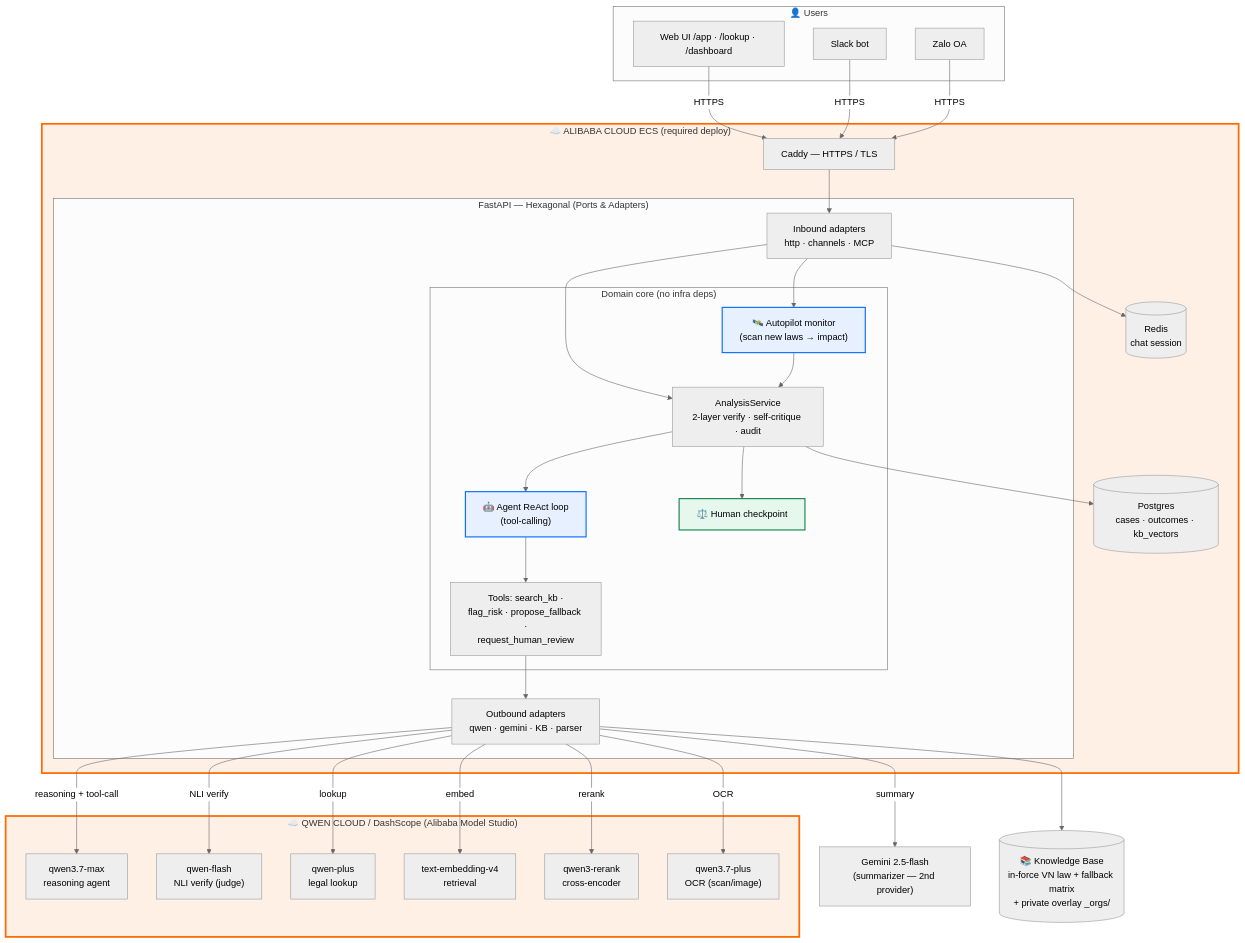
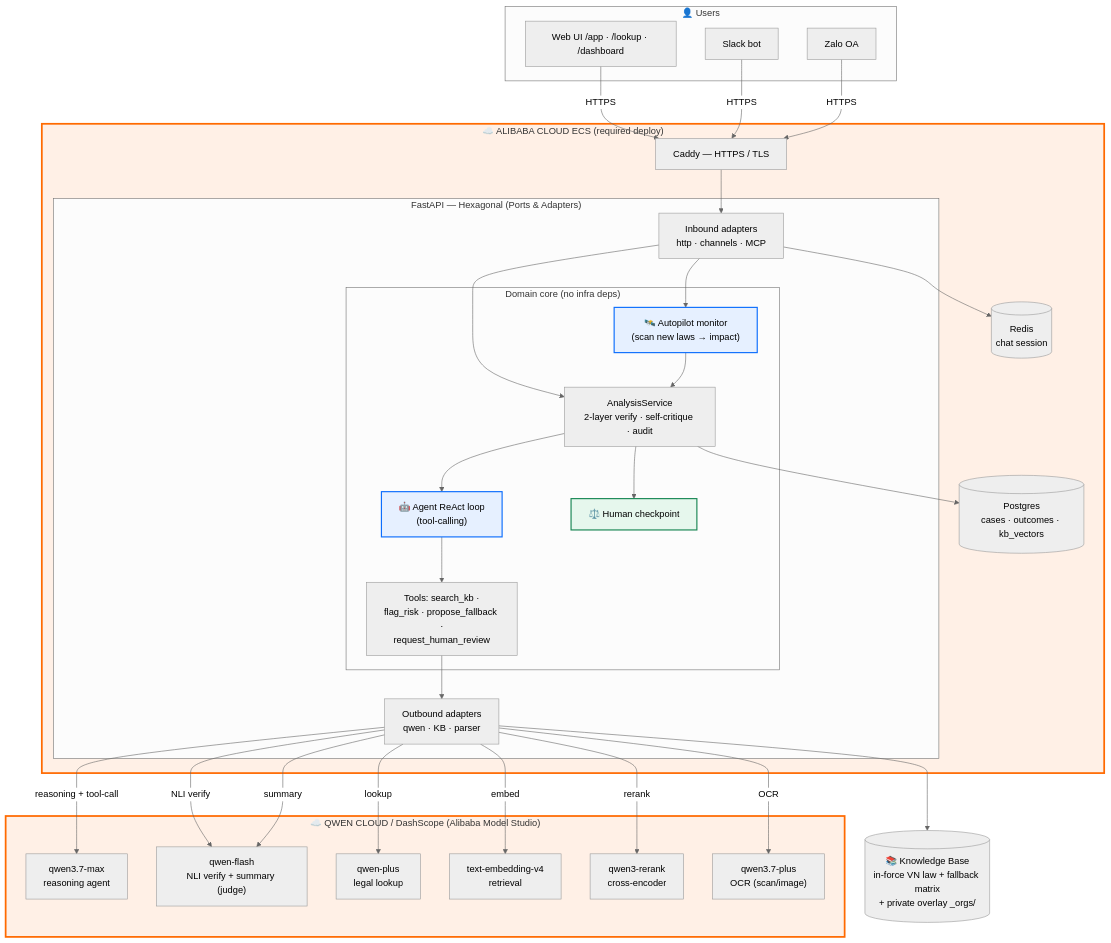
Before and after one commit to trungnguyen1618033/legal-guard-PH: the first of 2 diagrams in docs/architecture-diagram.en.md, drawn with Mermaid (neutral theme). The commit also changed 10 other files, not shown here.

First line of the commit message:
docs: dọn Gemini khỏi docs công khai — nhất quán Qwen-only

````diff
--- a/docs/architecture-diagram.en.md
+++ b/docs/architecture-diagram.en.md
@@ -9,58 +9,57 @@
 ```mermaid
 flowchart TB
     subgraph users["👤 Users"]
         U1["Web UI /app · /lookup · /dashboard"]
         U2["Slack bot"]
         U3["Zalo OA"]
     end
 
     subgraph alibaba["☁️ ALIBABA CLOUD ECS (required deploy)"]
         CADDY["Caddy — HTTPS / TLS"]
         subgraph app["FastAPI — Hexagonal (Ports & Adapters)"]
             IN["Inbound adapters<br/>http · channels · MCP"]
             subgraph core["Domain core (no infra deps)"]
                 AGENT["🤖 Agent ReAct loop<br/>(tool-calling)"]
                 TOOLS["Tools: search_kb ·<br/>flag_risk · propose_fallback ·<br/>request_human_review"]
                 ANALYSIS["AnalysisService<br/>2-layer verify · self-critique · audit"]
                 CHECK["⚖️ Human checkpoint"]
                 AUTOPILOT["🛰️ Autopilot monitor<br/>(scan new laws → impact)"]
             end
-            OUT["Outbound adapters<br/>qwen · gemini · KB · parser"]
+            OUT["Outbound adapters<br/>qwen · KB · parser"]
         end
         PG[("Postgres<br/>cases · outcomes · kb_vectors")]
         REDIS[("Redis<br/>chat session")]
     end
 
     subgraph qwencloud["☁️ QWEN CLOUD / DashScope (Alibaba Model Studio)"]
         QMAX["qwen3.7-max<br/>reasoning agent"]
-        QFLASH["qwen-flash<br/>NLI verify (judge)"]
+        QFLASH["qwen-flash<br/>NLI verify + summary (judge)"]
         QPLUS["qwen-plus<br/>legal lookup"]
         QEMB["text-embedding-v4<br/>retrieval"]
         QRR["qwen3-rerank<br/>cross-encoder"]
         QVL["qwen3.7-plus<br/>OCR (scan/image)"]
     end
 
-    GEM["Gemini 2.5-flash<br/>(summarizer — 2nd provider)"]
     KB[("📚 Knowledge Base<br/>in-force VN law + fallback matrix<br/>+ private overlay _orgs/")]
 
     U1 & U2 & U3 -->|HTTPS| CADDY --> IN --> ANALYSIS
     ANALYSIS --> AGENT --> TOOLS --> OUT
     ANALYSIS --> CHECK
     IN --> AUTOPILOT --> ANALYSIS
     OUT -->|reasoning + tool-call| QMAX
     OUT -->|NLI verify| QFLASH
     OUT -->|lookup| QPLUS
     OUT -->|embed| QEMB
     OUT -->|rerank| QRR
     OUT -->|OCR| QVL
     OUT --> KB
-    OUT -->|summary| GEM
+    OUT -->|summary| QFLASH
     ANALYSIS --> PG
     IN --> REDIS
 
     style alibaba fill:#fff0e6,stroke:#ff6a00,stroke-width:3px
     style qwencloud fill:#fff0e6,stroke:#ff6a00,stroke-width:3px
     style CHECK fill:#e6f7ed,stroke:#198754,stroke-width:2px
     style AGENT fill:#e6f0ff,stroke:#0d6efd,stroke-width:2px
     style AUTOPILOT fill:#e6f0ff,stroke:#0d6efd,stroke-width:2px
 ```
````
